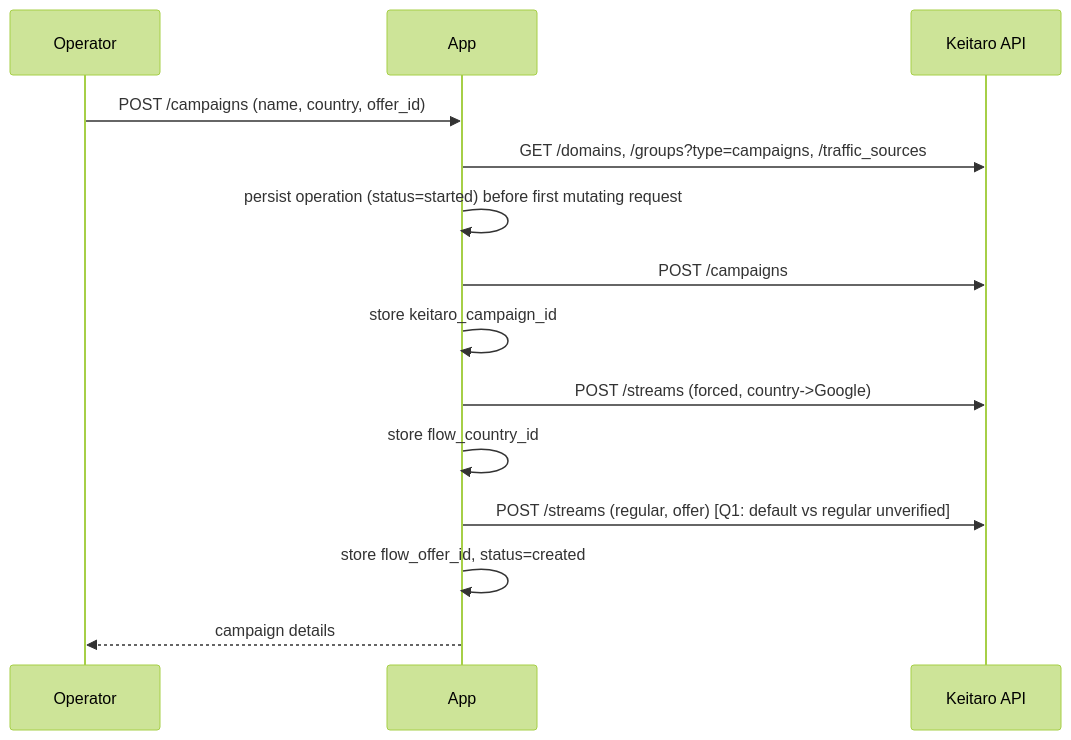
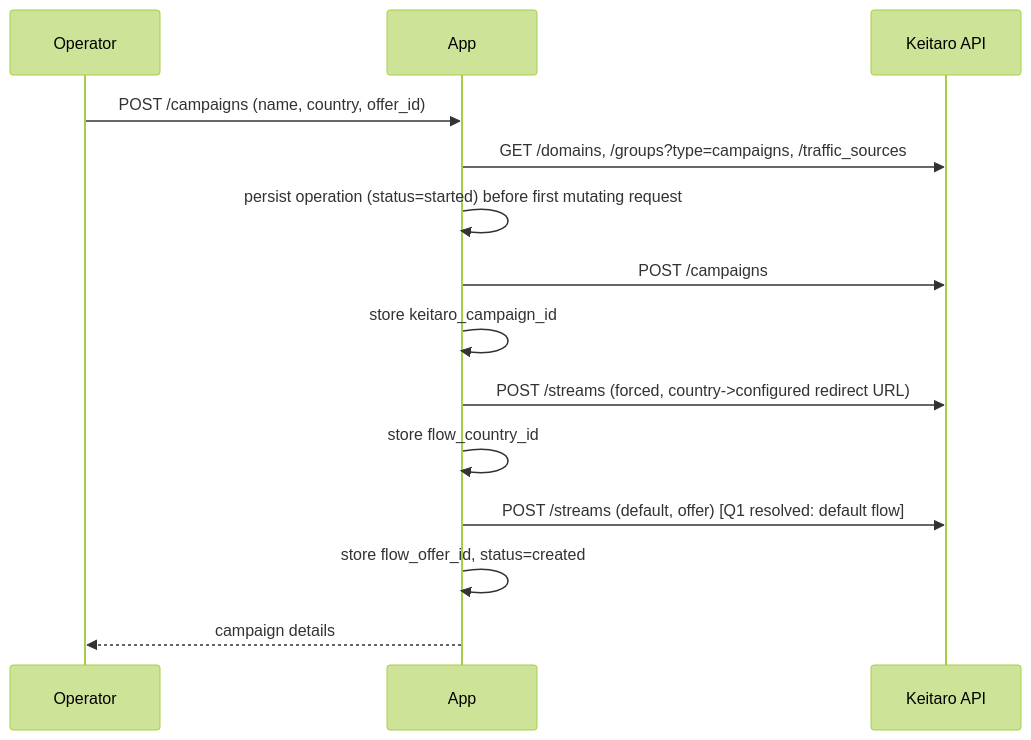
One commit to zaebee/keitaro-wrap changed the first of 2 diagrams in docs/architecture.md. Above: the diagram before and after it, drawn with Mermaid (forest theme). The commit also changed other lines of this file and 19 other files, not shown here.

````diff
--- a/docs/architecture.md
+++ b/docs/architecture.md
@@ -103,16 +105,16 @@
 ```mermaid
 sequenceDiagram
   participant U as Operator
   participant A as App
   participant K as Keitaro API
   U->>A: POST /campaigns (name, country, offer_id)
   A->>K: GET /domains, /groups?type=campaigns, /traffic_sources
   A->>A: persist operation (status=started) before first mutating request
   A->>K: POST /campaigns
   A->>A: store keitaro_campaign_id
-  A->>K: POST /streams (forced, country->Google)
+  A->>K: POST /streams (forced, country->configured redirect URL)
   A->>A: store flow_country_id
-  A->>K: POST /streams (regular, offer) [Q1: default vs regular unverified]
+  A->>K: POST /streams (default, offer) [Q1 resolved: default flow]
   A->>A: store flow_offer_id, status=created
   A-->>U: campaign details
 ```
````
